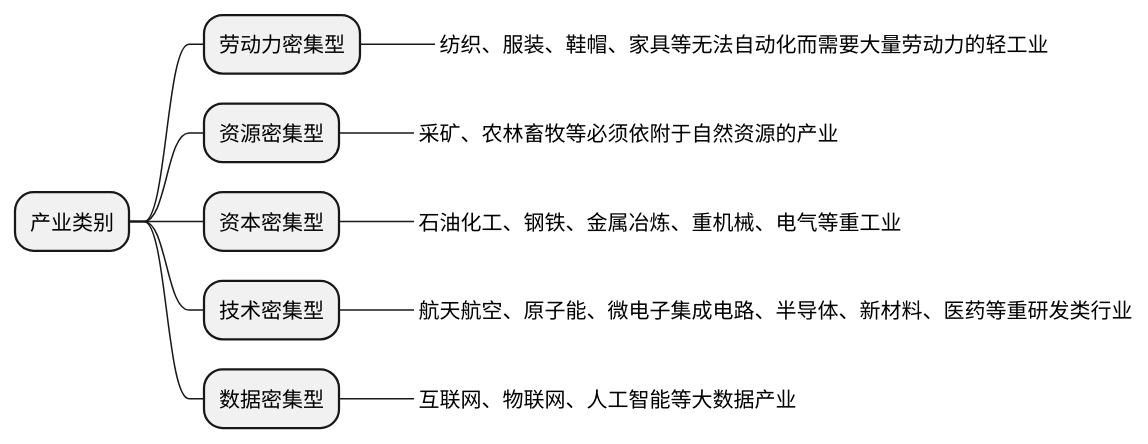
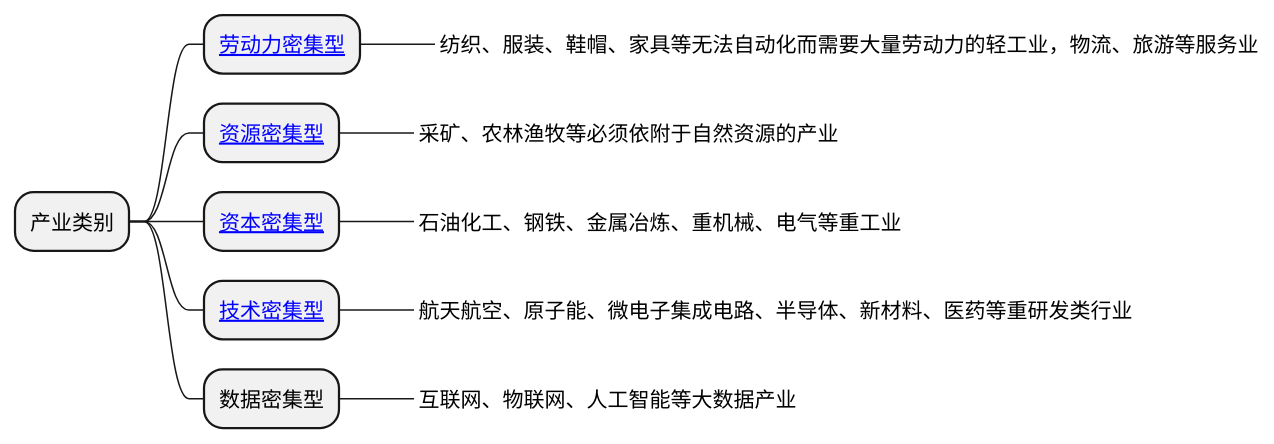
The second of 2 diagrams in source/_posts/economic/social-and-tax.md (holmofy/blog.hufeifei.cn), drawn with PlantUML before and after one commit.

````diff
--- a/source/_posts/economic/social-and-tax.md
+++ b/source/_posts/economic/social-and-tax.md
@@ -128,15 +128,15 @@
 ```plantuml
 @startmindmap
 + 产业类别
-++ 劳动力密集型
-+++_ 纺织、服装、鞋帽、家具等无法自动化而需要大量劳动力的轻工业
-++ 资源密集型
-+++_ 采矿、农林畜牧等必须依附于自然资源的产业
-++ 资本密集型
+++ [[https://baike.baidu.com/item/劳动密集型企业 劳动力密集型]]
++++_ 纺织、服装、鞋帽、家具等无法自动化而需要大量劳动力的轻工业，物流、旅游等服务业
+++ [[https://baike.baidu.com/item/资源密集型产业 资源密集型]]
++++_ 采矿、农林渔牧等必须依附于自然资源的产业
+++ [[https://baike.baidu.com/item/资本密集型 资本密集型]]
 +++_ 石油化工、钢铁、金属冶炼、重机械、电气等重工业
-++ 技术密集型
+++ [[https://baike.baidu.com/item/技术密集型 技术密集型]]
 +++_ 航天航空、原子能、微电子集成电路、半导体、新材料、医药等重研发类行业
 ++ 数据密集型
 +++_ 互联网、物联网、人工智能等大数据产业
 @endmindmap
 ```
````
